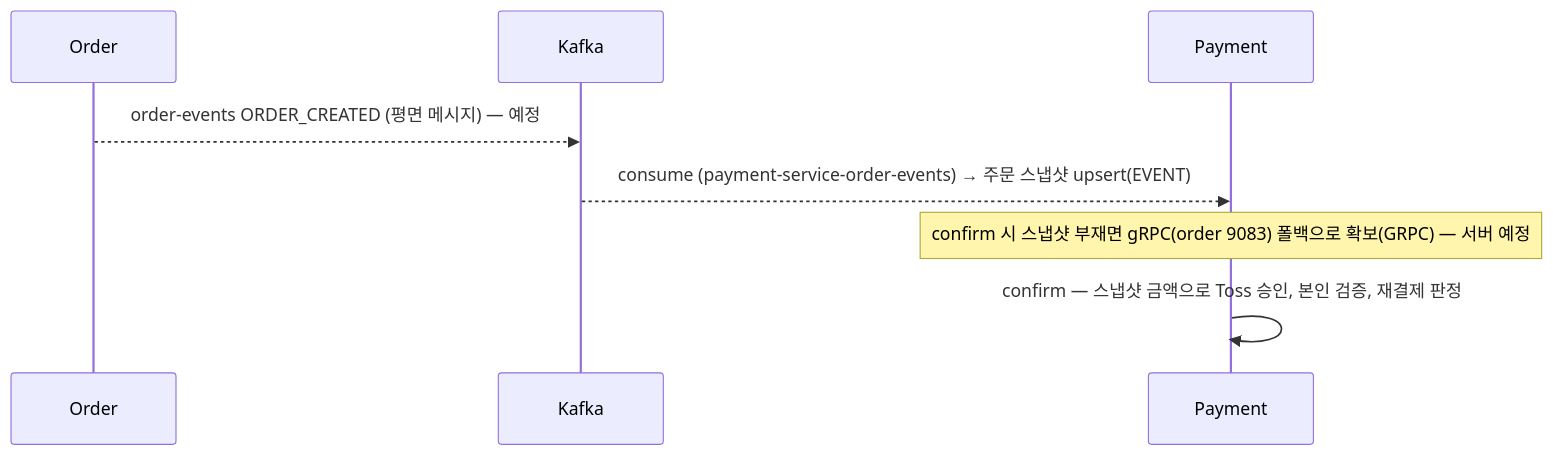
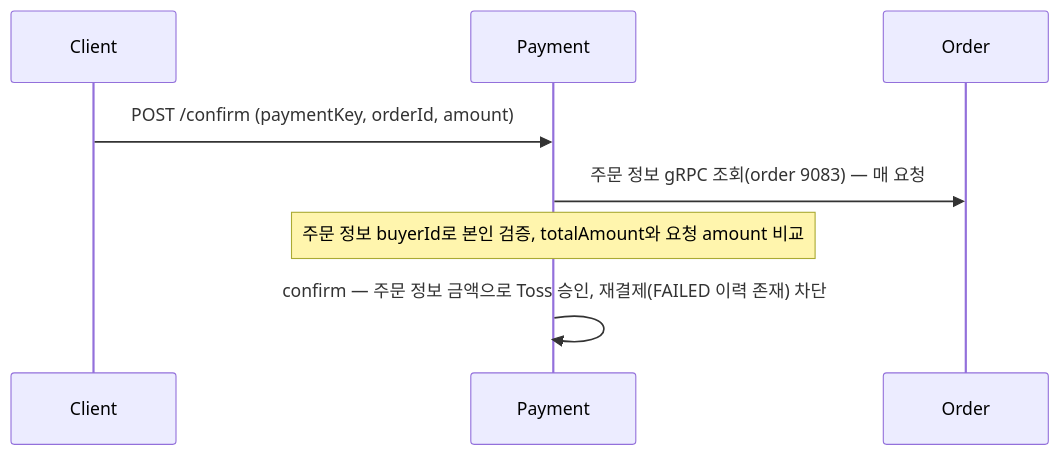
One commit to prgrms-be-adv-devcourse/beadv6_6_3JMT_BE changed the third of 4 diagrams in docs/architecture/event-flow.md. Above: the diagram before and after it, drawn with Mermaid. The commit also changed other lines of this file and 3 other files, not shown here.

First line of the commit message:
docs: 결제 승인 흐름 재정렬(금액 검증, 재결제 차단, OrderSnapshot 제거) 문서 반영

````diff
--- a/docs/architecture/event-flow.md
+++ b/docs/architecture/event-flow.md
@@ -91,11 +91,11 @@
 ```mermaid
 sequenceDiagram
+    participant Client
+    participant PAY as Payment
     participant ORD as Order
-    participant K as Kafka
-    participant PAY as Payment
 
-    ORD-->>K: order-events ORDER_CREATED (평면 메시지) — 예정
-    K-->>PAY: consume (payment-service-order-events) → 주문 스냅샷 upsert(EVENT)
-    Note over PAY: confirm 시 스냅샷 부재면 gRPC(order 9083) 폴백으로 확보(GRPC) — 서버 예정
-    PAY->>PAY: confirm — 스냅샷 금액으로 Toss 승인, 본인 검증, 재결제 판정
+    Client->>PAY: POST /confirm (paymentKey, orderId, amount)
+    PAY->>ORD: 주문 정보 gRPC 조회(order 9083) — 매 요청
+    Note over PAY: 주문 정보 buyerId로 본인 검증, totalAmount와 요청 amount 비교
+    PAY->>PAY: confirm — 주문 정보 금액으로 Toss 승인, 재결제(FAILED 이력 존재) 차단
 ```
````
